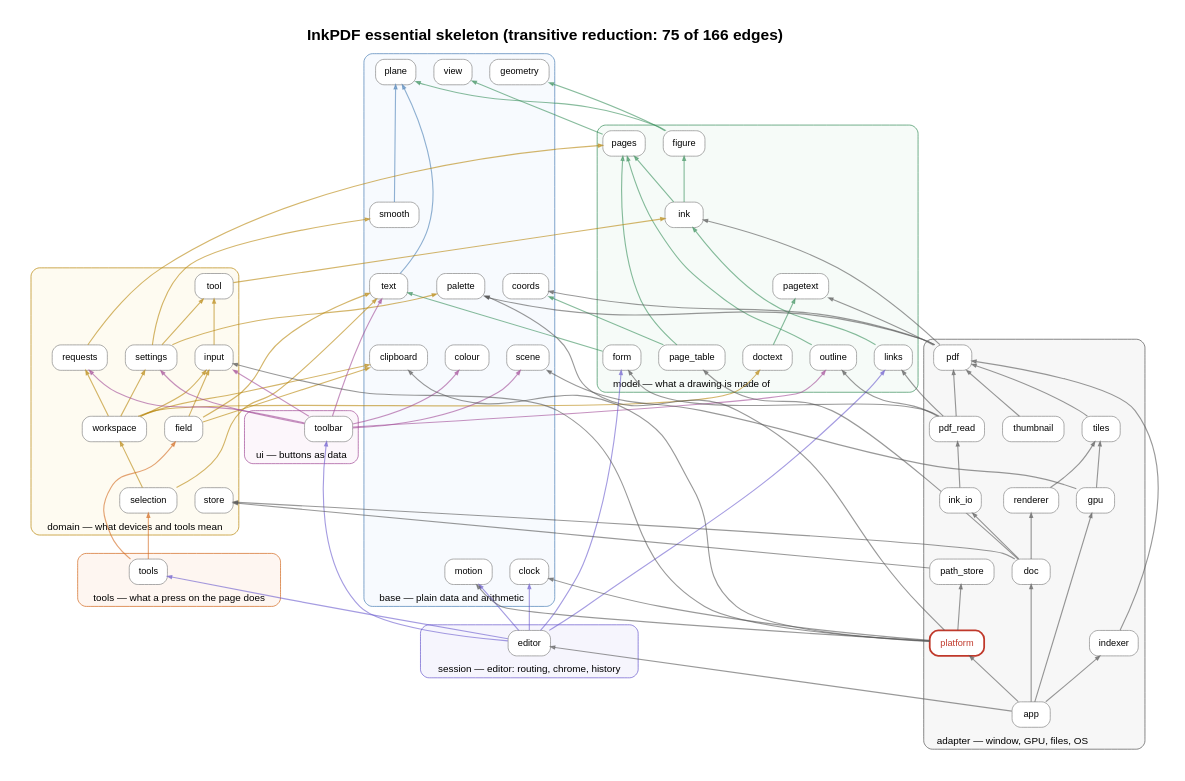
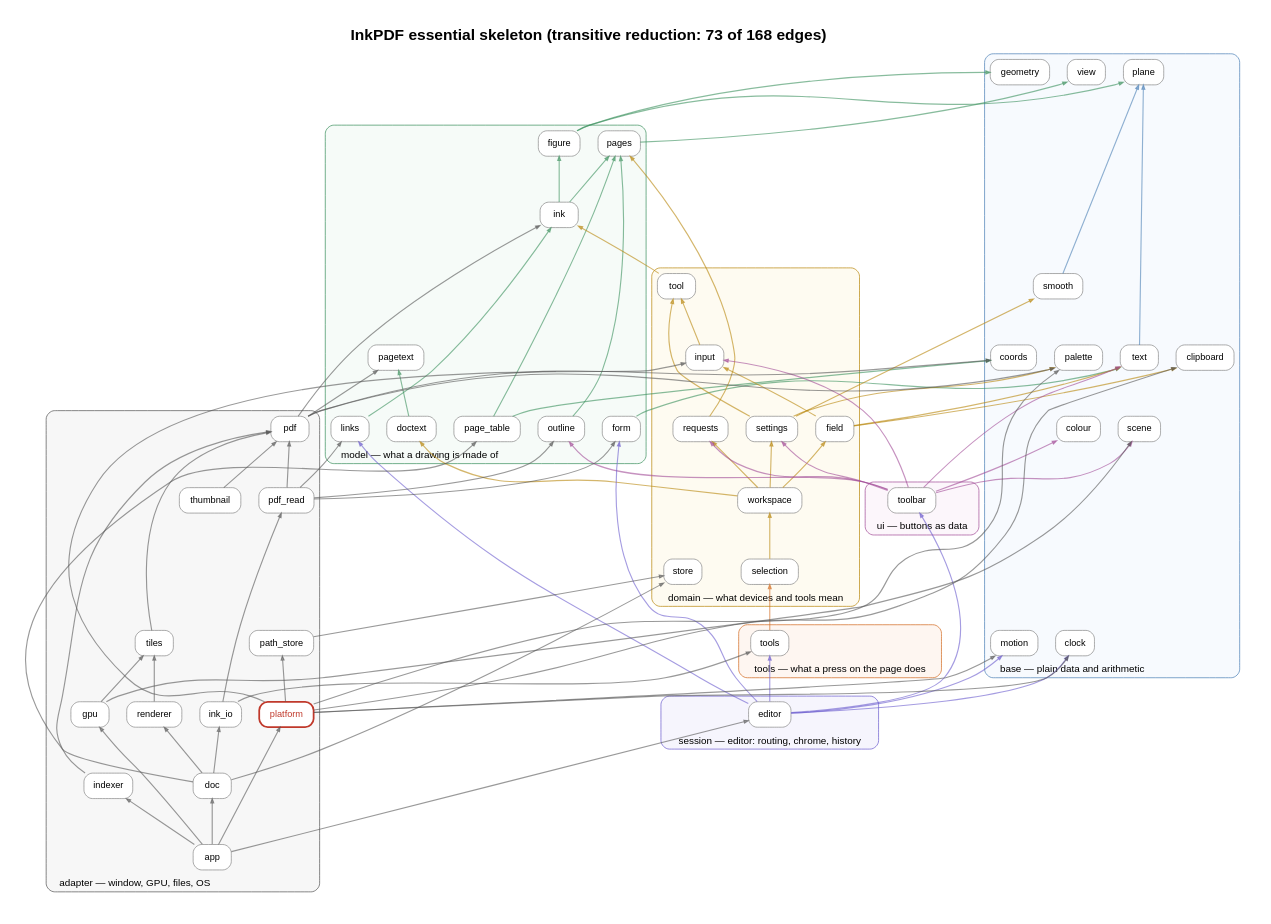
One commit to rajatmo/inkpdf changed the diagram in docs/deps/skeleton.dot. Above: the diagram before and after it, drawn with Graphviz. The commit also changed 77 other files, not shown here.

```diff
--- a/docs/deps/skeleton.dot
+++ b/docs/deps/skeleton.dot
@@ -1,139 +1,137 @@
 digraph G {
 rankdir=BT; newrank=true; compound=true; splines=true; nodesep=0.35; ranksep=0.9; pad=0.4;
-label=<<b>InkPDF essential skeleton (transitive reduction: 75 of 166 edges)</b>>; labelloc=t; fontsize=22; fontname="Helvetica";
+label=<<b>InkPDF essential skeleton (transitive reduction: 73 of 168 edges)</b>>; labelloc=t; fontsize=22; fontname="Helvetica";
 node [shape=box, style="rounded,filled", fontname="Helvetica", fontsize=13, margin="0.14,0.07", color="#888888"];
 edge [arrowsize=0.6];
 subgraph cluster_Base { label="base — plain data and arithmetic"; labeljust=l; fontname="Helvetica"; fontsize=14; style="rounded,filled"; fillcolor="#e8f1fb55"; color="#4a7fb5";
   "clipboard" [fillcolor="white"];
   "clock" [fillcolor="white"];
   "colour" [fillcolor="white"];
   "coords" [fillcolor="white"];
   "geometry" [fillcolor="white"];
   "motion" [fillcolor="white"];
   "palette" [fillcolor="white"];
   "plane" [fillcolor="white"];
   "scene" [fillcolor="white"];
   "smooth" [fillcolor="white"];
   "text" [fillcolor="white"];
   "view" [fillcolor="white"];
 }
 subgraph cluster_Model { label="model — what a drawing is made of"; labeljust=l; fontname="Helvetica"; fontsize=14; style="rounded,filled"; fillcolor="#e3f4ea55"; color="#3a8f5c";
   "doctext" [fillcolor="white"];
   "figure" [fillcolor="white"];
   "form" [fillcolor="white"];
   "ink" [fillcolor="white"];
   "links" [fillcolor="white"];
   "outline" [fillcolor="white"];
   "page_table" [fillcolor="white"];
   "pages" [fillcolor="white"];
   "pagetext" [fillcolor="white"];
 }
 subgraph cluster_Domain { label="domain — what devices and tools mean"; labeljust=l; fontname="Helvetica"; fontsize=14; style="rounded,filled"; fillcolor="#fdf3d655"; color="#b8860b";
   "field" [fillcolor="white"];
   "input" [fillcolor="white"];
   "requests" [fillcolor="white"];
   "selection" [fillcolor="white"];
   "settings" [fillcolor="white"];
   "store" [fillcolor="white"];
   "tool" [fillcolor="white"];
   "workspace" [fillcolor="white"];
 }
 subgraph cluster_Ui { label="ui — buttons as data"; labeljust=l; fontname="Helvetica"; fontsize=14; style="rounded,filled"; fillcolor="#f6e4f355"; color="#a14a96";
   "toolbar" [fillcolor="white"];
 }
 subgraph cluster_Tools { label="tools — what a press on the page does"; labeljust=l; fontname="Helvetica"; fontsize=14; style="rounded,filled"; fillcolor="#fde5d455"; color="#d2691e";
   "tools" [fillcolor="white"];
 }
 subgraph cluster_Session { label="session — editor: routing, chrome, history"; labeljust=l; fontname="Helvetica"; fontsize=14; style="rounded,filled"; fillcolor="#e4e1f855"; color="#6a5acd";
   "editor" [fillcolor="white"];
 }
 subgraph cluster_Adapter { label="adapter — window, GPU, files, OS"; labeljust=l; fontname="Helvetica"; fontsize=14; style="rounded,filled"; fillcolor="#e6e6e655"; color="#555555";
   "app" [fillcolor="white"];
   "doc" [fillcolor="white"];
   "gpu" [fillcolor="white"];
   "indexer" [fillcolor="white"];
   "ink_io" [fillcolor="white"];
   "path_store" [fillcolor="white"];
   "pdf" [fillcolor="white"];
   "pdf_read" [fillcolor="white"];
   "platform" [fillcolor="white" penwidth=2.5 color="#c0392b" fontcolor="#c0392b"];
   "renderer" [fillcolor="white"];
   "thumbnail" [fillcolor="white"];
   "tiles" [fillcolor="white"];
 }
 "app" -> "doc" [color="#55555599", penwidth=1.60, tooltip="3 uses"];
 "app" -> "editor" [color="#55555599", penwidth=1.60, tooltip="6 uses"];
 "app" -> "gpu" [color="#55555599", penwidth=1.60, tooltip="5 uses"];
 "app" -> "indexer" [color="#55555599", penwidth=1.60, tooltip="2 uses"];
 "app" -> "platform" [color="#55555599", penwidth=1.60, tooltip="2 uses"];
 "doc" -> "ink_io" [color="#55555599", penwidth=1.60, tooltip="1 uses"];
 "doc" -> "page_table" [color="#55555599", penwidth=1.60, tooltip="2 uses"];
 "doc" -> "renderer" [color="#55555599", penwidth=1.60, tooltip="1 uses"];
 "doc" -> "store" [color="#55555599", penwidth=1.60, tooltip="1 uses"];
 "doctext" -> "pagetext" [color="#3a8f5c99", penwidth=1.60, tooltip="1 uses"];
 "editor" -> "clock" [color="#6a5acd99", penwidth=1.60, tooltip="1 uses"];
 "editor" -> "form" [color="#6a5acd99", penwidth=1.60, tooltip="4 uses"];
 "editor" -> "links" [color="#6a5acd99", penwidth=1.60, tooltip="5 uses"];
 "editor" -> "motion" [color="#6a5acd99", penwidth=1.60, tooltip="4 uses"];
-"editor" -> "toolbar" [color="#6a5acd99", penwidth=1.60, tooltip="13 uses"];
-"editor" -> "tools" [color="#6a5acd99", penwidth=1.60, tooltip="9 uses"];
+"editor" -> "toolbar" [color="#6a5acd99", penwidth=1.60, tooltip="15 uses"];
+"editor" -> "tools" [color="#6a5acd99", penwidth=1.60, tooltip="12 uses"];
 "field" -> "clipboard" [color="#b8860b99", penwidth=1.60, tooltip="1 uses"];
 "field" -> "input" [color="#b8860b99", penwidth=1.60, tooltip="1 uses"];
 "field" -> "text" [color="#b8860b99", penwidth=1.60, tooltip="1 uses"];
 "figure" -> "geometry" [color="#3a8f5c99", penwidth=1.60, tooltip="1 uses"];
 "figure" -> "plane" [color="#3a8f5c99", penwidth=1.60, tooltip="1 uses"];
 "form" -> "text" [color="#3a8f5c99", penwidth=1.60, tooltip="1 uses"];
 "gpu" -> "scene" [color="#55555599", penwidth=1.60, tooltip="1 uses"];
 "gpu" -> "tiles" [color="#55555599", penwidth=1.60, tooltip="2 uses"];
 "indexer" -> "pdf" [color="#55555599", penwidth=1.60, tooltip="1 uses"];
 "ink" -> "figure" [color="#3a8f5c99", penwidth=1.60, tooltip="3 uses"];
 "ink" -> "pages" [color="#3a8f5c99", penwidth=1.60, tooltip="3 uses"];
 "ink_io" -> "pdf_read" [color="#55555599", penwidth=1.60, tooltip="3 uses"];
+"ink_io" -> "tools" [color="#55555599", penwidth=1.60, tooltip="1 uses"];
 "input" -> "tool" [color="#b8860b99", penwidth=1.60, tooltip="1 uses"];
 "links" -> "ink" [color="#3a8f5c99", penwidth=1.60, tooltip="1 uses"];
 "outline" -> "pages" [color="#3a8f5c99", penwidth=1.60, tooltip="1 uses"];
 "page_table" -> "coords" [color="#3a8f5c99", penwidth=1.60, tooltip="1 uses"];
 "page_table" -> "pages" [color="#3a8f5c99", penwidth=1.60, tooltip="1 uses"];
 "pages" -> "view" [color="#3a8f5c99", penwidth=1.60, tooltip="1 uses"];
 "path_store" -> "store" [color="#55555599", penwidth=1.60, tooltip="1 uses"];
 "pdf" -> "coords" [color="#55555599", penwidth=1.60, tooltip="2 uses"];
 "pdf" -> "ink" [color="#55555599", penwidth=1.60, tooltip="2 uses"];
 "pdf" -> "pagetext" [color="#55555599", penwidth=1.60, tooltip="2 uses"];
 "pdf" -> "palette" [color="#55555599", penwidth=1.60, tooltip="2 uses"];
 "pdf_read" -> "form" [color="#55555599", penwidth=1.60, tooltip="1 uses"];
 "pdf_read" -> "links" [color="#55555599", penwidth=1.60, tooltip="1 uses"];
 "pdf_read" -> "outline" [color="#55555599", penwidth=1.60, tooltip="1 uses"];
 "pdf_read" -> "pdf" [color="#55555599", penwidth=1.60, tooltip="1 uses"];
-"platform" -> "clipboard" [color="#55555599", penwidth=1.60, tooltip="4 uses"];
-"platform" -> "clock" [color="#55555599", penwidth=1.60, tooltip="3 uses"];
-"platform" -> "input" [color="#55555599", penwidth=1.60, tooltip="16 uses"];
-"platform" -> "motion" [color="#55555599", penwidth=1.60, tooltip="8 uses"];
+"platform" -> "clipboard" [color="#55555599", penwidth=1.60, tooltip="5 uses"];
+"platform" -> "clock" [color="#55555599", penwidth=1.60, tooltip="5 uses"];
+"platform" -> "input" [color="#55555599", penwidth=1.60, tooltip="18 uses"];
+"platform" -> "motion" [color="#55555599", penwidth=1.60, tooltip="10 uses"];
 "platform" -> "palette" [color="#55555599", penwidth=1.60, tooltip="13 uses"];
 "platform" -> "path_store" [color="#55555599", penwidth=1.60, tooltip="2 uses"];
 "renderer" -> "tiles" [color="#55555599", penwidth=1.60, tooltip="1 uses"];
 "requests" -> "pages" [color="#b8860b99", penwidth=1.60, tooltip="1 uses"];
-"selection" -> "text" [color="#b8860b99", penwidth=1.60, tooltip="1 uses"];
 "selection" -> "workspace" [color="#b8860b99", penwidth=1.60, tooltip="1 uses"];
 "settings" -> "palette" [color="#b8860b99", penwidth=1.60, tooltip="1 uses"];
 "settings" -> "smooth" [color="#b8860b99", penwidth=1.60, tooltip="1 uses"];
 "settings" -> "tool" [color="#b8860b99", penwidth=1.60, tooltip="1 uses"];
 "smooth" -> "plane" [color="#4a7fb599", penwidth=1.60, tooltip="1 uses"];
 "text" -> "plane" [color="#4a7fb599", penwidth=1.60, tooltip="3 uses"];
 "thumbnail" -> "pdf" [color="#55555599", penwidth=1.60, tooltip="1 uses"];
 "tiles" -> "pdf" [color="#55555599", penwidth=1.60, tooltip="1 uses"];
 "tool" -> "ink" [color="#b8860b99", penwidth=1.60, tooltip="4 uses"];
 "toolbar" -> "colour" [color="#a14a9699", penwidth=1.60, tooltip="1 uses"];
 "toolbar" -> "input" [color="#a14a9699", penwidth=1.60, tooltip="1 uses"];
 "toolbar" -> "outline" [color="#a14a9699", penwidth=1.60, tooltip="1 uses"];
 "toolbar" -> "requests" [color="#a14a9699", penwidth=1.60, tooltip="1 uses"];
-"toolbar" -> "scene" [color="#a14a9699", penwidth=1.60, tooltip="17 uses"];
+"toolbar" -> "scene" [color="#a14a9699", penwidth=1.60, tooltip="18 uses"];
 "toolbar" -> "settings" [color="#a14a9699", penwidth=1.60, tooltip="1 uses"];
-"toolbar" -> "text" [color="#a14a9699", penwidth=1.60, tooltip="2 uses"];
-"tools" -> "field" [color="#d2691e99", penwidth=1.60, tooltip="1 uses"];
+"toolbar" -> "text" [color="#a14a9699", penwidth=1.60, tooltip="4 uses"];
 "tools" -> "selection" [color="#d2691e99", penwidth=1.60, tooltip="1 uses"];
-"workspace" -> "clipboard" [color="#b8860b99", penwidth=1.60, tooltip="1 uses"];
 "workspace" -> "doctext" [color="#b8860b99", penwidth=1.60, tooltip="2 uses"];
-"workspace" -> "input" [color="#b8860b99", penwidth=1.60, tooltip="1 uses"];
+"workspace" -> "field" [color="#b8860b99", penwidth=1.60, tooltip="2 uses"];
 "workspace" -> "requests" [color="#b8860b99", penwidth=1.60, tooltip="1 uses"];
 "workspace" -> "settings" [color="#b8860b99", penwidth=1.60, tooltip="1 uses"];
 }
```
